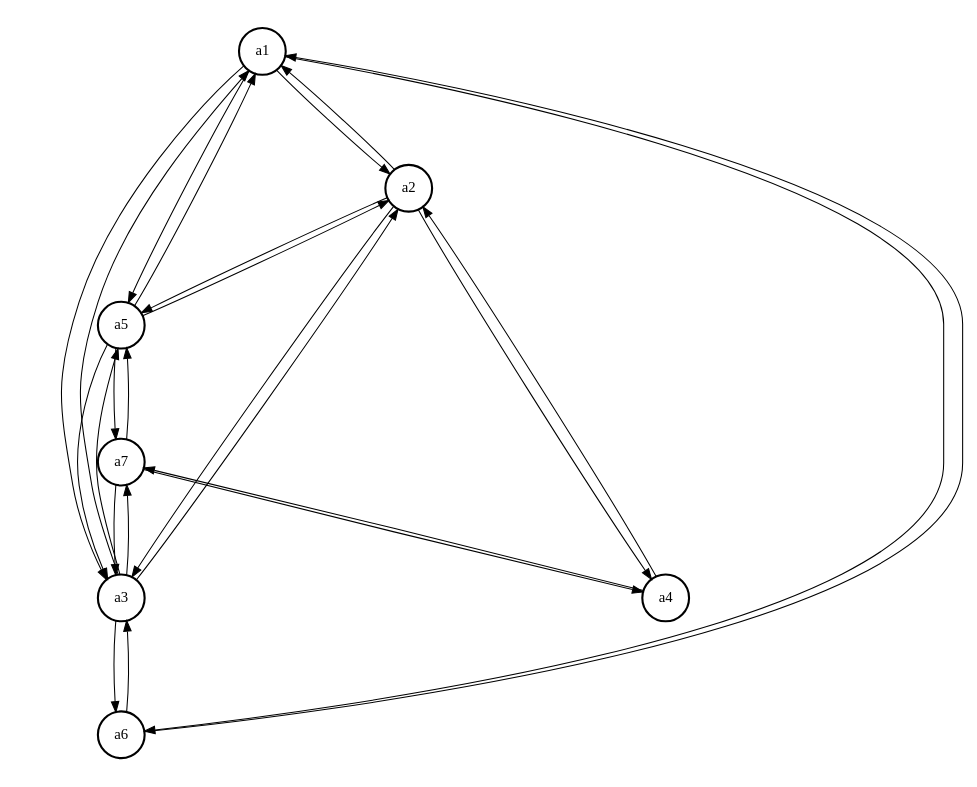
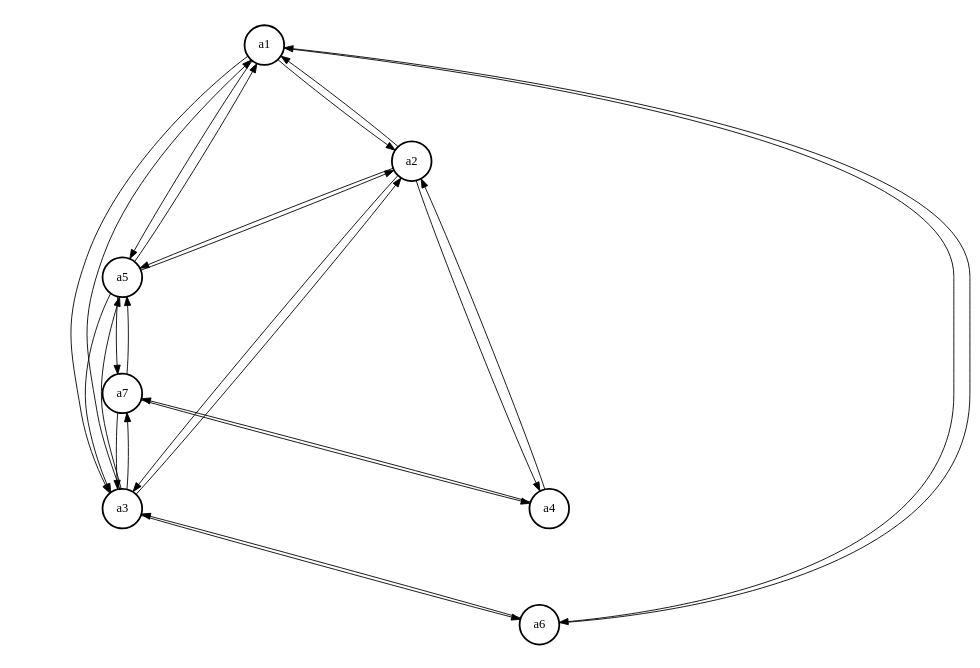
One commit to jonhoo/simio changed the diagram in examples/graphs/arbitrary.gv. Above: the diagram before and after it, drawn with Graphviz. The commit also changed 1 other file, not shown here.

Commit message:
Construct separate graph for bellman ford

```diff
--- a/examples/graphs/arbitrary.gv
+++ b/examples/graphs/arbitrary.gv
@@ -1,44 +1,44 @@
 digraph {
   size="10,10!";
   ratio="fill";
   node [shape=circle penwidth=2];
   edge [fontsize=12];
   a1;
   a2;
   a3;
   a4;
   a5;
   a6;
   a7;
 
-  a1 -> a2 [weight = 4];
-  a1 -> a3 [weight = 3];
-  a1 -> a5 [weight = 10];
-  a1 -> a6 [weight = 9];
+  a1 -> a2
+  a1 -> a3
+  a1 -> a5
+  a1 -> a6
 
-  a2 -> a1 [weight = 4];
-  a2 -> a3 [weight = 12];
-  a2 -> a4 [weight = 5];
-  a2 -> a5 [weight = 15];
+  a2 -> a1
+  a2 -> a3
+  a2 -> a4
+  a2 -> a5
 
-  a3 -> a1 [weight = 3];
-  a3 -> a2 [weight = 12];
-  a3 -> a5 [weight = 18];
-  a3 -> a6 [weight = 17];
-  a3 -> a7 [weight = 10];
+  a3 -> a1
+  a3 -> a2
+  a3 -> a5
+  a3 -> a6
+  a3 -> a7
 
-  a4 -> a2 [weight = 5];
-  a4 -> a7 [weight = 1];
+  a4 -> a2
+  a4 -> a7
 
-  a5 -> a1 [weight = 10];
-  a5 -> a2 [weight = 15];
-  a5 -> a3 [weight = 18];
-  a5 -> a7 [weight = 19];
+  a5 -> a1
+  a5 -> a2
+  a5 -> a3
+  a5 -> a7
 
-  a6 -> a1 [weight = 9];
-  a6 -> a3 [weight = 17];
+  a6 -> a1
+  a6 -> a3
 
-  a7 -> a3 [weight = 10];
-  a7 -> a4 [weight = 1];
-  a7 -> a5 [weight = 19];
+  a7 -> a3
+  a7 -> a4
+  a7 -> a5
 }
```
